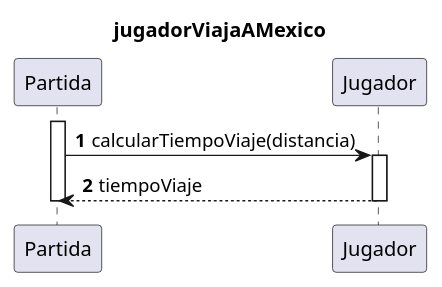
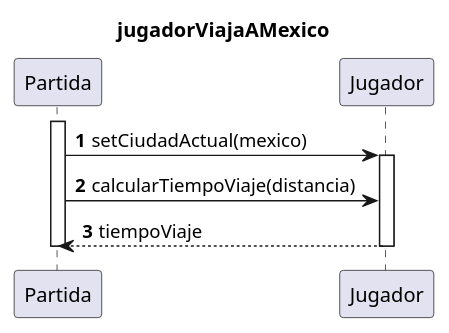
One commit to alexguttlein/TP2-CarmenSandiego changed the diagram in diagrams/sequences/Entrega1/casoUso3.puml. Above: the diagram before and after it, drawn with PlantUML.

Commit message:
Correcion sobre diagrama de secuencia casoUso3

```diff
--- a/diagrams/sequences/Entrega1/casoUso3.puml
+++ b/diagrams/sequences/Entrega1/casoUso3.puml
@@ -1,13 +1,14 @@
 @startuml
 
 autonumber
 title jugadorViajaAMexico
 activate Partida
+Partida -> Jugador: setCiudadActual(mexico)
+activate Jugador
 Partida -> Jugador: calcularTiempoViaje(distancia)
-activate Jugador
 Jugador --> Partida: tiempoViaje
 
 deactivate Jugador
 deactivate Partida
 
 @enduml
```
